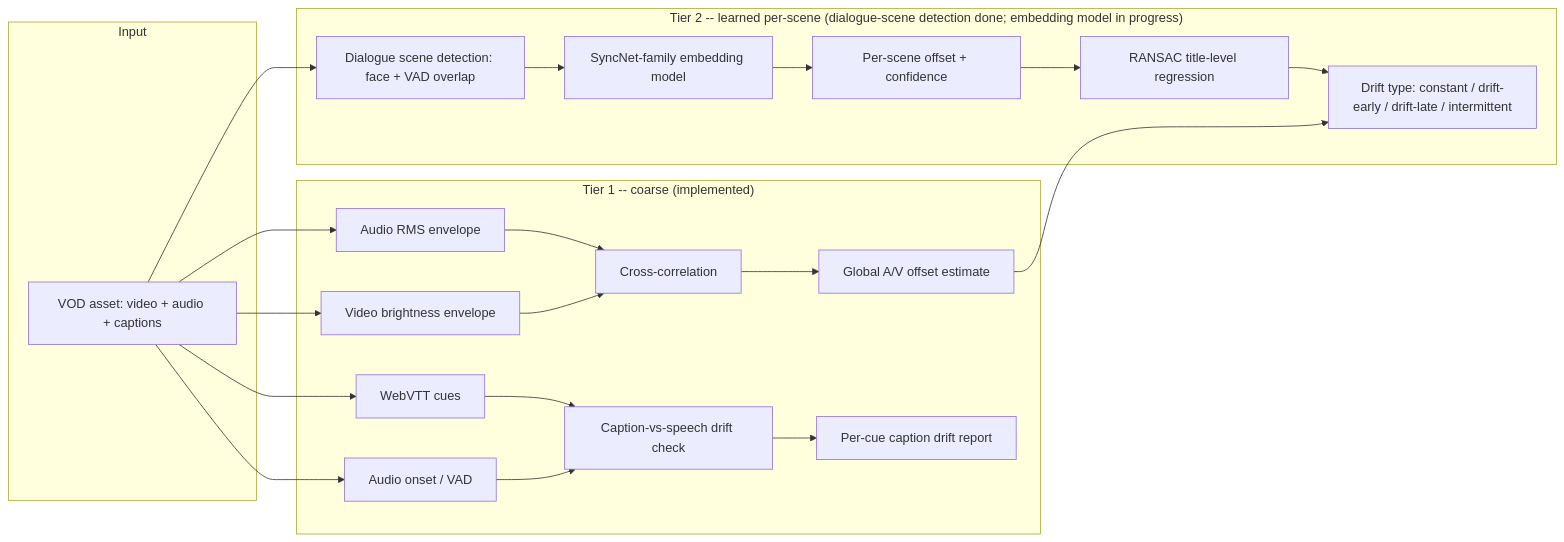
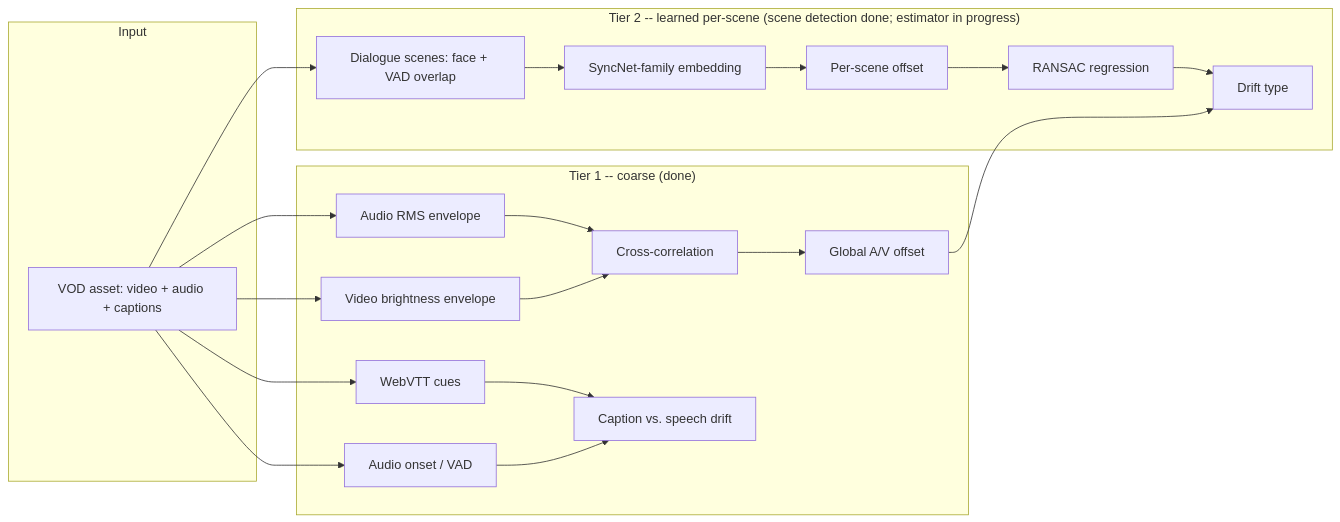
One commit to arjun-thekkethil11/syncsentry changed the diagram in README.md. Above: the diagram before and after it, drawn with Mermaid. The commit also changed other lines of this file and 2 other files, not shown here.

First line of the commit message:
Condense README/RESEARCH/ROADMAP for readability

````diff
--- a/README.md
+++ b/README.md
@@ -38,29 +19,19 @@
 ```mermaid
 flowchart LR
     subgraph Input
         V[VOD asset: video + audio + captions]
     end
-
-    subgraph "Tier 1 -- coarse (implemented)"
+    subgraph "Tier 1 -- coarse (done)"
         A[Audio RMS envelope] --> X[Cross-correlation]
         B[Video brightness envelope] --> X
-        X --> O1[Global A/V offset estimate]
-        C[WebVTT cues] --> D[Caption-vs-speech drift check]
+        X --> O1[Global A/V offset]
+        C[WebVTT cues] --> D[Caption vs. speech drift]
         E[Audio onset / VAD] --> D
-        D --> O2[Per-cue caption drift report]
     end
-
-    subgraph "Tier 2 -- learned per-scene (dialogue-scene detection done; embedding model in progress)"
-        F[Dialogue scene detection: face + VAD overlap] --> G[SyncNet-family embedding model]
-        G --> H[Per-scene offset + confidence]
-        H --> I[RANSAC title-level regression]
-        I --> O3[Drift type: constant / drift-early / drift-late / intermittent]
+    subgraph "Tier 2 -- learned per-scene (scene detection done; estimator in progress)"
+        F[Dialogue scenes: face + VAD overlap] --> G[SyncNet-family embedding]
+        G --> H[Per-scene offset] --> I[RANSAC regression] --> O3[Drift type]
     end
-
-    V --> A
-    V --> B
-    V --> C
-    V --> E
-    V --> F
+    V --> A & B & C & E & F
     O1 --> O3
 ```
````
